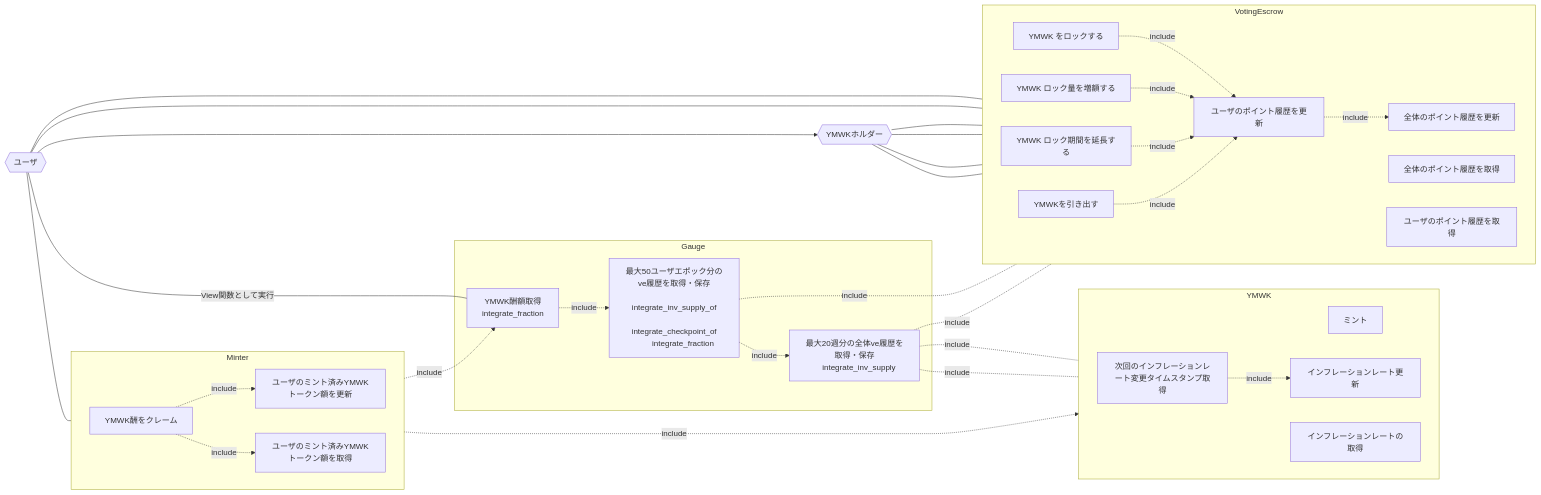
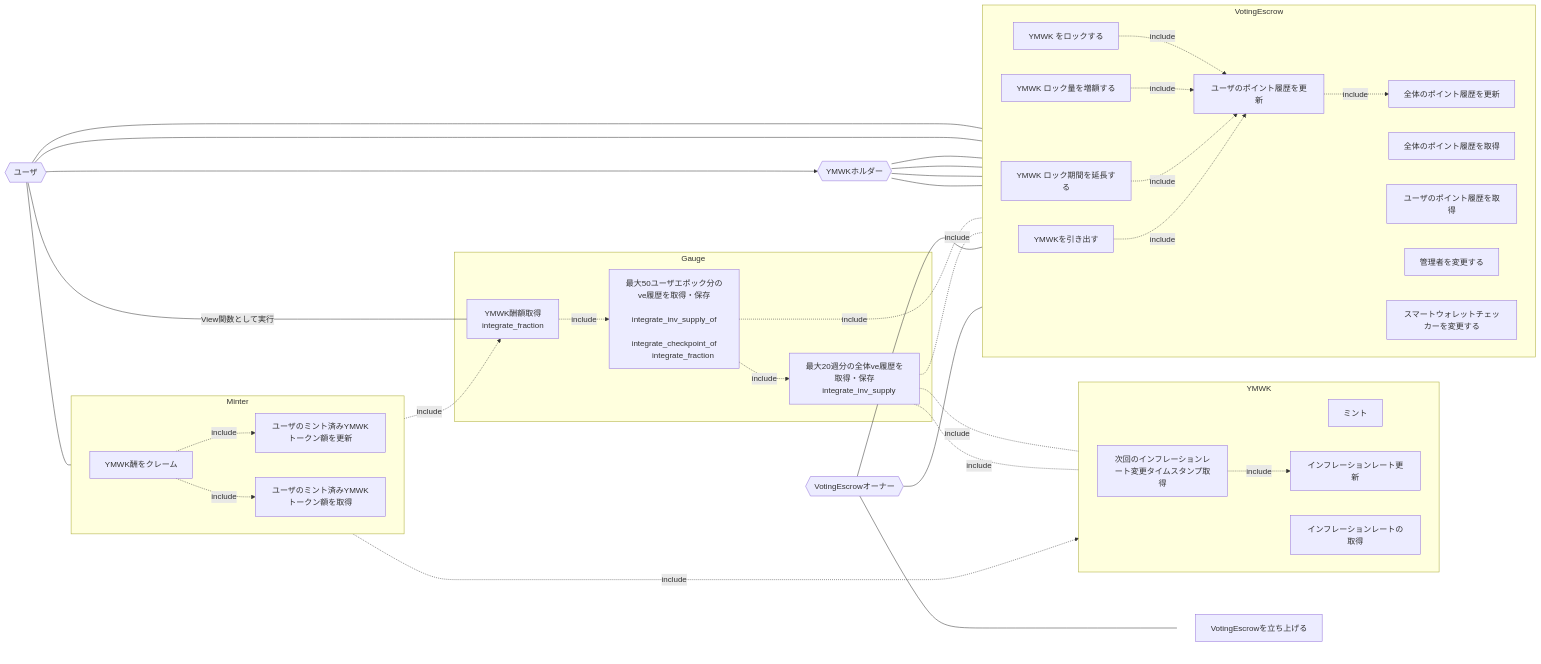
Before and after one commit to DeFiGeek-Community/yamawake: the diagram in doc/ja/VotingEscrow/usecase.md, drawn with Mermaid. The commit also changed other lines of this file and 2 other files, not shown here.

Commit message:
Updated docs for FeeDistributor, Template and VotingEscrow

````diff
--- a/doc/ja/VotingEscrow/usecase.md
+++ b/doc/ja/VotingEscrow/usecase.md
@@ -24,5 +48,7 @@
 ```mermaid
 graph LR
+    classDef transparent fill:none,stroke:none;
+    owner{{VotingEscrowオーナー}}
     holder{{YMWKホルダー}}
     user{{ユーザ}}
 
@@ -52,6 +78,11 @@
     update_minted[ユーザのミント済みYMWKトークン額を更新]
     minted[ユーザのミント済みYMWKトークン額を取得]
     claim_ymwk[YMWK酬をクレーム]
+
+    deploy[VotingEscrowを立ち上げる]
+    change_admin[管理者を変更する]
+    change_smchecker[スマートウォレットチェッカーを変更する]
+
 
     claimable_tokens[
         YMWK酬額取得
@@ -89,6 +120,17 @@
     integral -.-|include| rate
     integral -.-|include| future_epoch_time_write
 
+    owner --- deploy
+    owner --- change_admin
+    owner --- change_smchecker
+
+    subgraph Admin[ ]
+      direction LR
+      deploy
+    end
+
+    class Admin transparent
+
     subgraph Gauge
       claimable_tokens
       integral_of
@@ -105,6 +147,8 @@
       withdraw
       uck
       ck
+      change_admin
+      change_smchecker
     end
 
     subgraph YMWK
````
